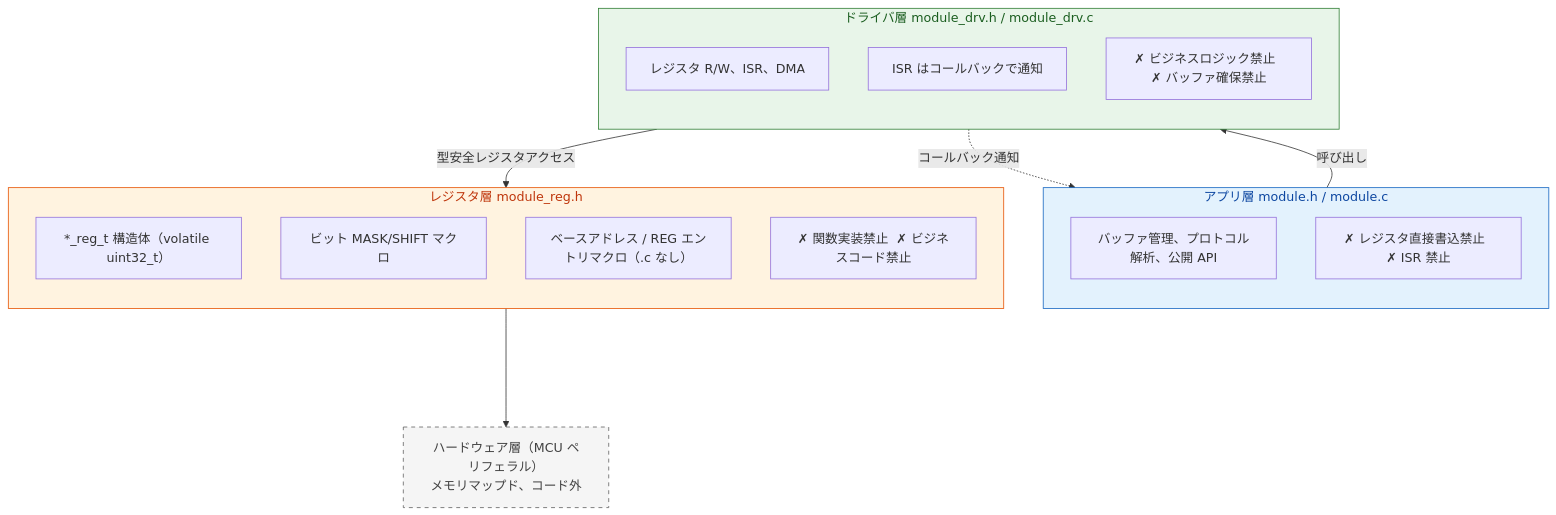
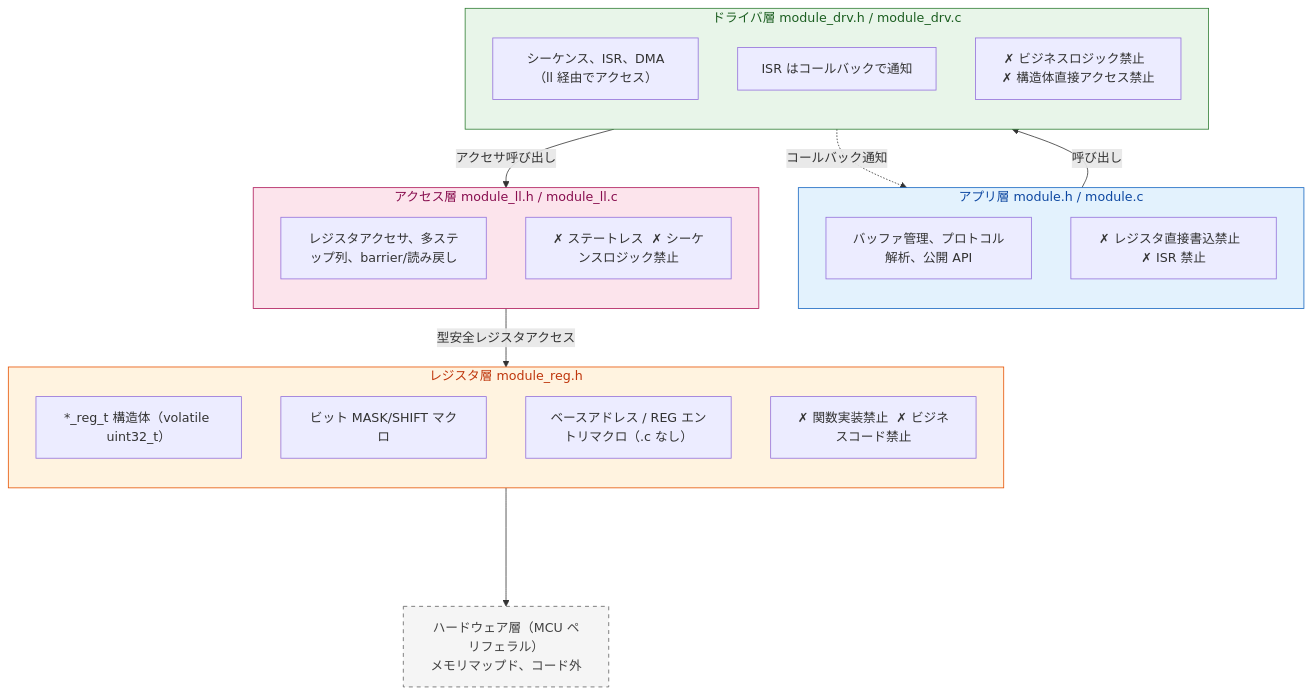
Before and after one commit to leon-2050/embedded-code-skill: the diagram in README_JP.md, drawn with Mermaid. The commit also changed other lines of this file and 4 other files, not shown here.

````diff
--- a/README_JP.md
+++ b/README_JP.md
@@ -23,35 +23,43 @@
 ```mermaid
 flowchart TB
     subgraph APP["アプリ層  module.h / module.c"]
         direction TB
         A1["バッファ管理、プロトコル解析、公開 API"]
         A_ban["✗ レジスタ直接書込禁止  ✗ ISR 禁止"]
     end
 
     subgraph DRV["ドライバ層  module_drv.h / module_drv.c"]
         direction TB
-        D1["レジスタ R/W、ISR、DMA"]
+        D1["シーケンス、ISR、DMA（ll 経由でアクセス）"]
         D2["ISR はコールバックで通知"]
-        D_ban["✗ ビジネスロジック禁止  ✗ バッファ確保禁止"]
+        D_ban["✗ ビジネスロジック禁止  ✗ 構造体直接アクセス禁止"]
+    end
+
+    subgraph LL["アクセス層  module_ll.h / module_ll.c"]
+        direction TB
+        L1["レジスタアクセサ、多ステップ列、barrier/読み戻し"]
+        L_ban["✗ ステートレス  ✗ シーケンスロジック禁止"]
     end
 
     subgraph REG["レジスタ層  module_reg.h"]
         direction TB
         R1["*_reg_t 構造体（volatile uint32_t）"]
         R2["ビット MASK/SHIFT マクロ"]
         R3["ベースアドレス / REG エントリマクロ（.c なし）"]
         R_ban["✗ 関数実装禁止  ✗ ビジネスコード禁止"]
     end
 
     HW["ハードウェア層（MCU ペリフェラル）<br/>メモリマップド、コード外"]
 
     APP -->|呼び出し| DRV
     DRV -.->|コールバック通知| APP
-    DRV -->|型安全レジスタアクセス| REG
+    DRV -->|アクセサ呼び出し| LL
+    LL -->|型安全レジスタアクセス| REG
     REG ----> HW
 
     style APP fill:#e3f2fd,stroke:#1565c0,color:#0d47a1
     style DRV fill:#e8f5e9,stroke:#2e7d32,color:#1b5e20
+    style LL fill:#fce4ec,stroke:#ad1457,color:#880e4f
     style REG fill:#fff3e0,stroke:#e65100,color:#bf360c
     style HW fill:#f5f5f5,stroke:#616161,color:#424242,stroke-dasharray: 5 5
 ```
````
